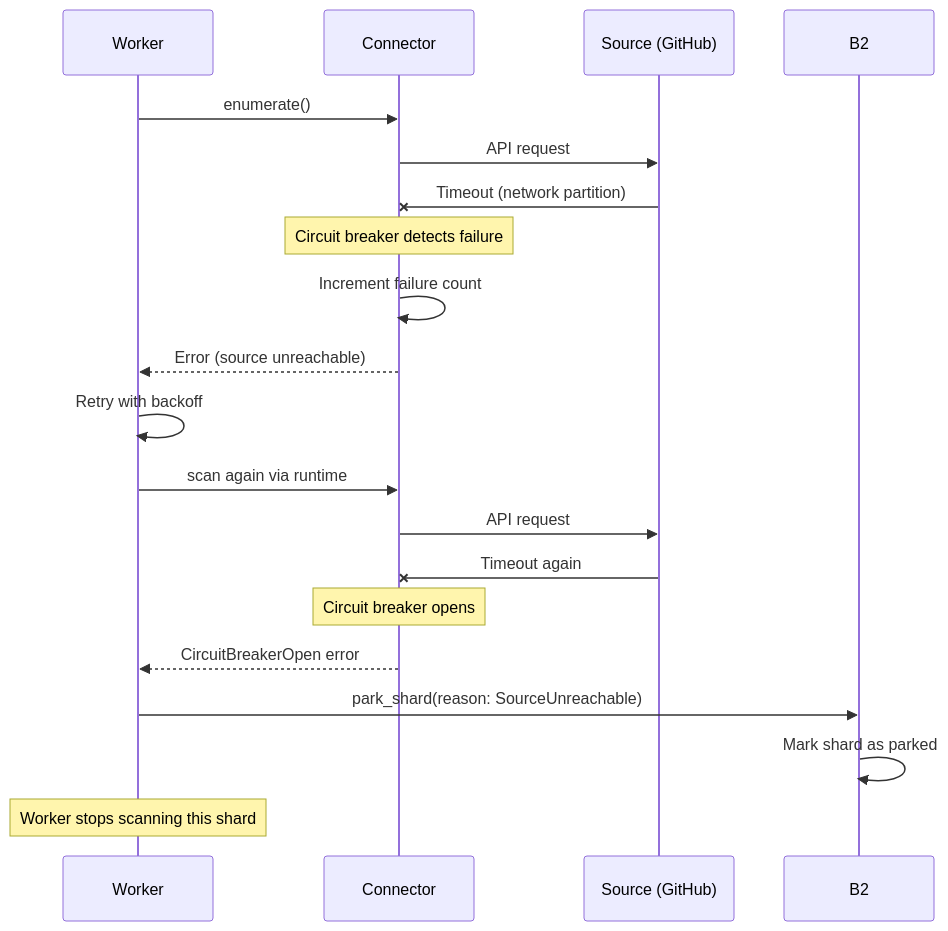
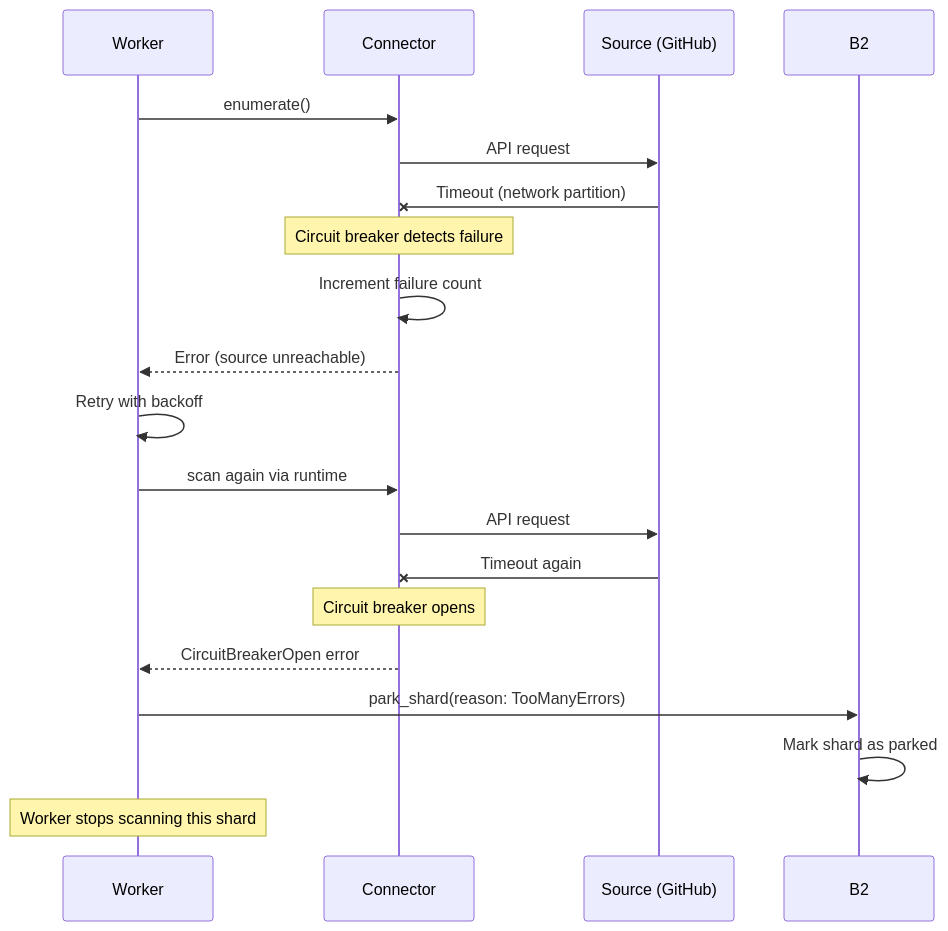
One commit to ahrav/gossip-rs-learning-guide changed the third of 6 diagrams in 08-cross-cutting/03-failure-modes-and-recovery.md. Above: the diagram before and after it, drawn with Mermaid. The commit also changed other lines of this file and 15 other files, not shown here.

````diff
--- a/08-cross-cutting/03-failure-modes-and-recovery.md
+++ b/08-cross-cutting/03-failure-modes-and-recovery.md
@@ -180,26 +180,26 @@
 ```mermaid
 sequenceDiagram
     participant W as Worker
     participant B4 as Connector
     participant S as Source (GitHub)
 
     W->>B4: enumerate()
     B4->>S: API request
     S-xB4: Timeout (network partition)
 
     Note over B4: Circuit breaker detects failure
     B4->>B4: Increment failure count
     B4-->>W: Error (source unreachable)
 
     W->>W: Retry with backoff
     W->>B4: scan again via runtime
     B4->>S: API request
     S-xB4: Timeout again
 
     Note over B4: Circuit breaker opens
     B4-->>W: CircuitBreakerOpen error
 
-    W->>B2: park_shard(reason: SourceUnreachable)
+    W->>B2: park_shard(reason: TooManyErrors)
     B2->>B2: Mark shard as parked
     Note over W: Worker stops scanning this shard
 ```
````
